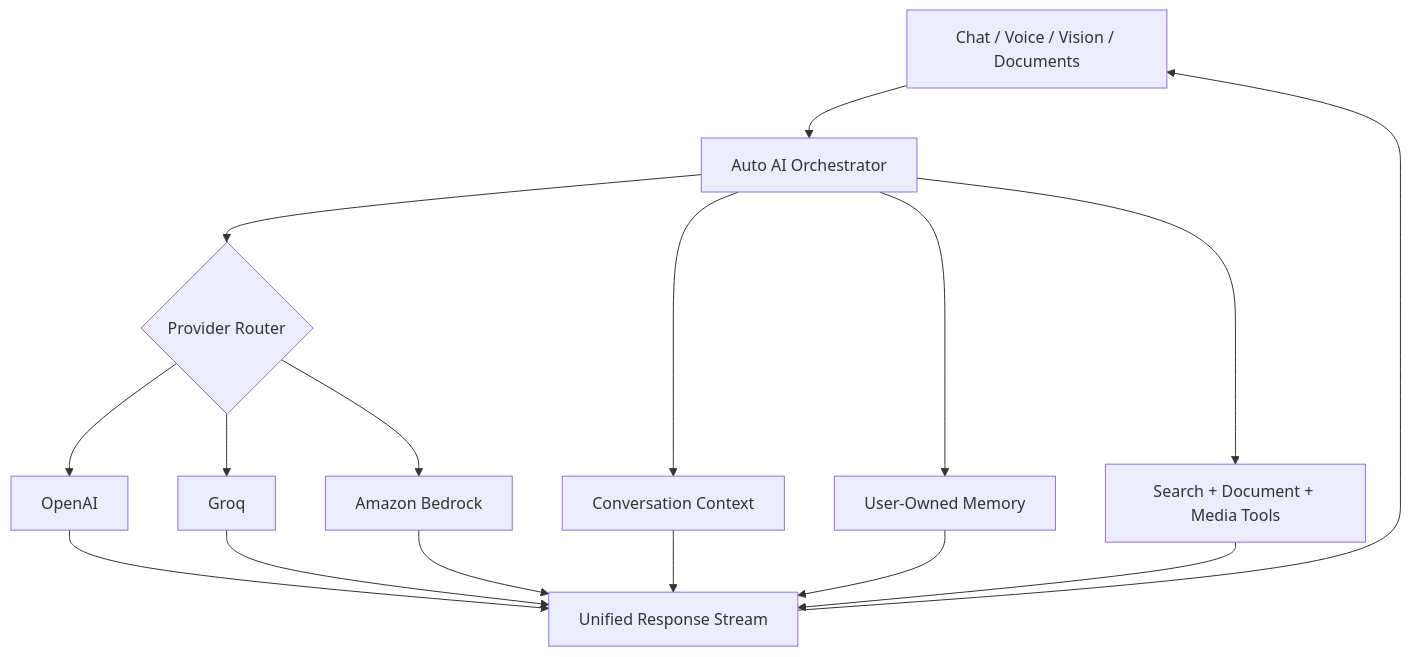
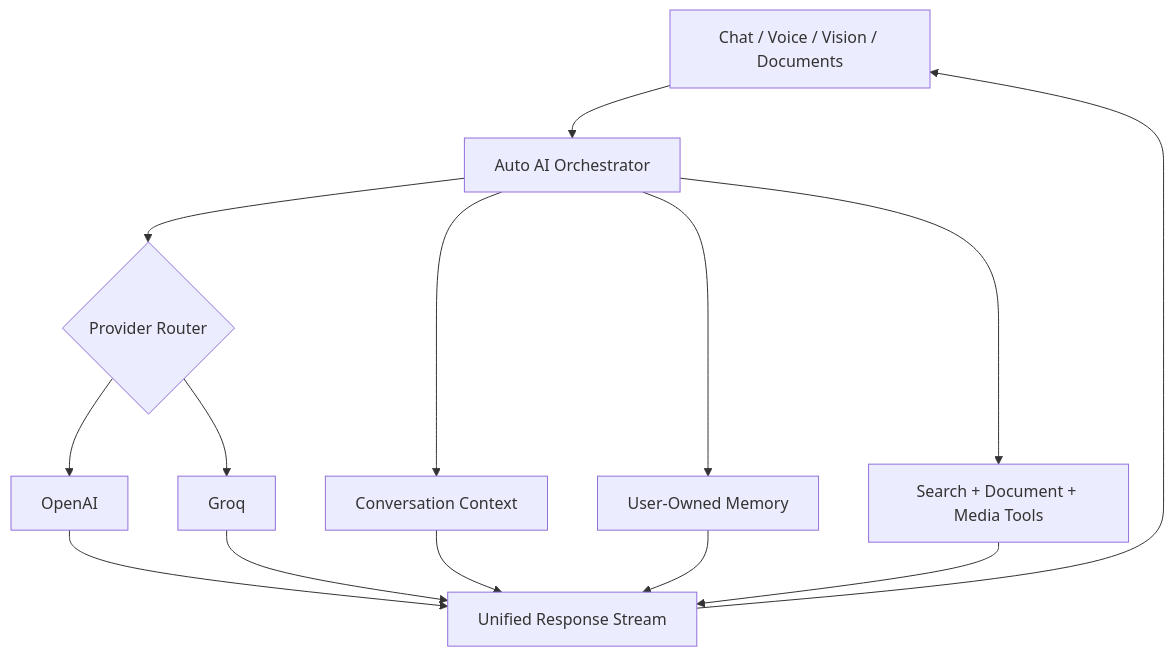
The first of 3 diagrams in README.md (shyamraj2143/auto-ai), drawn with Mermaid before and after one commit. The commit also changed other lines of this file and 77 other files, not shown here.

````diff
--- a/README.md
+++ b/README.md
@@ -92,18 +90,16 @@
 ```mermaid
 flowchart TB
     UI[Chat / Voice / Vision / Documents] --> ORCH[Auto AI Orchestrator]
     ORCH --> CONTEXT[Conversation Context]
     ORCH --> MEMORY[User-Owned Memory]
     ORCH --> TOOLS[Search + Document + Media Tools]
     ORCH --> ROUTER{Provider Router}
     ROUTER --> OPENAI[OpenAI]
     ROUTER --> GROQ[Groq]
-    ROUTER --> BEDROCK[Amazon Bedrock]
     OPENAI --> STREAM[Unified Response Stream]
     GROQ --> STREAM
-    BEDROCK --> STREAM
     CONTEXT --> STREAM
     MEMORY --> STREAM
     TOOLS --> STREAM
     STREAM --> UI
 ```
````
